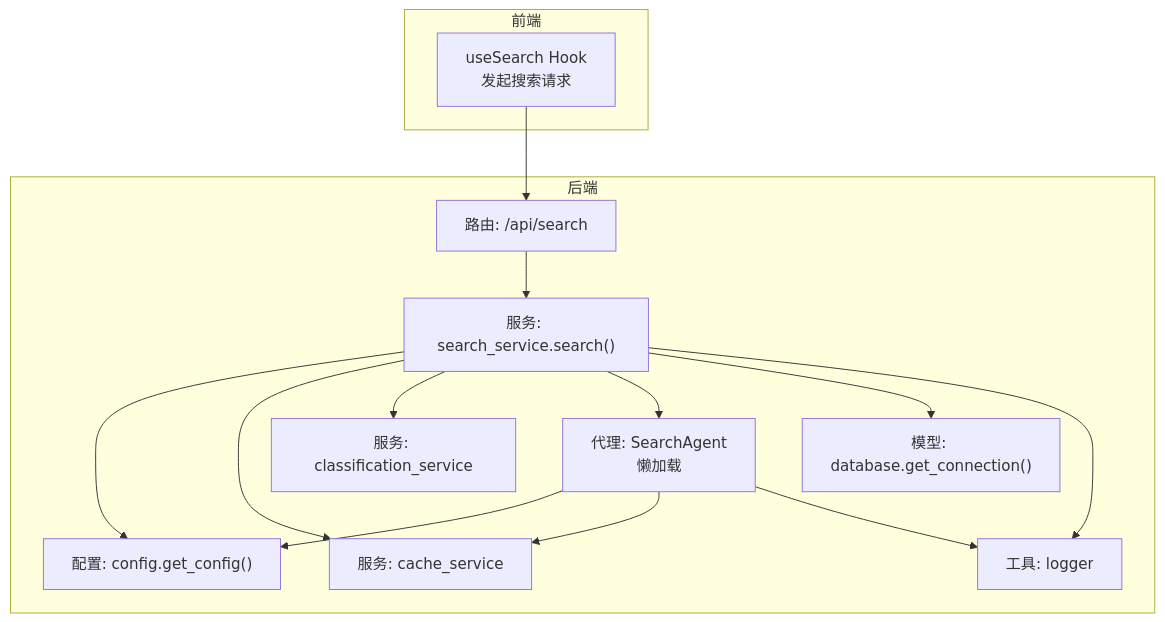
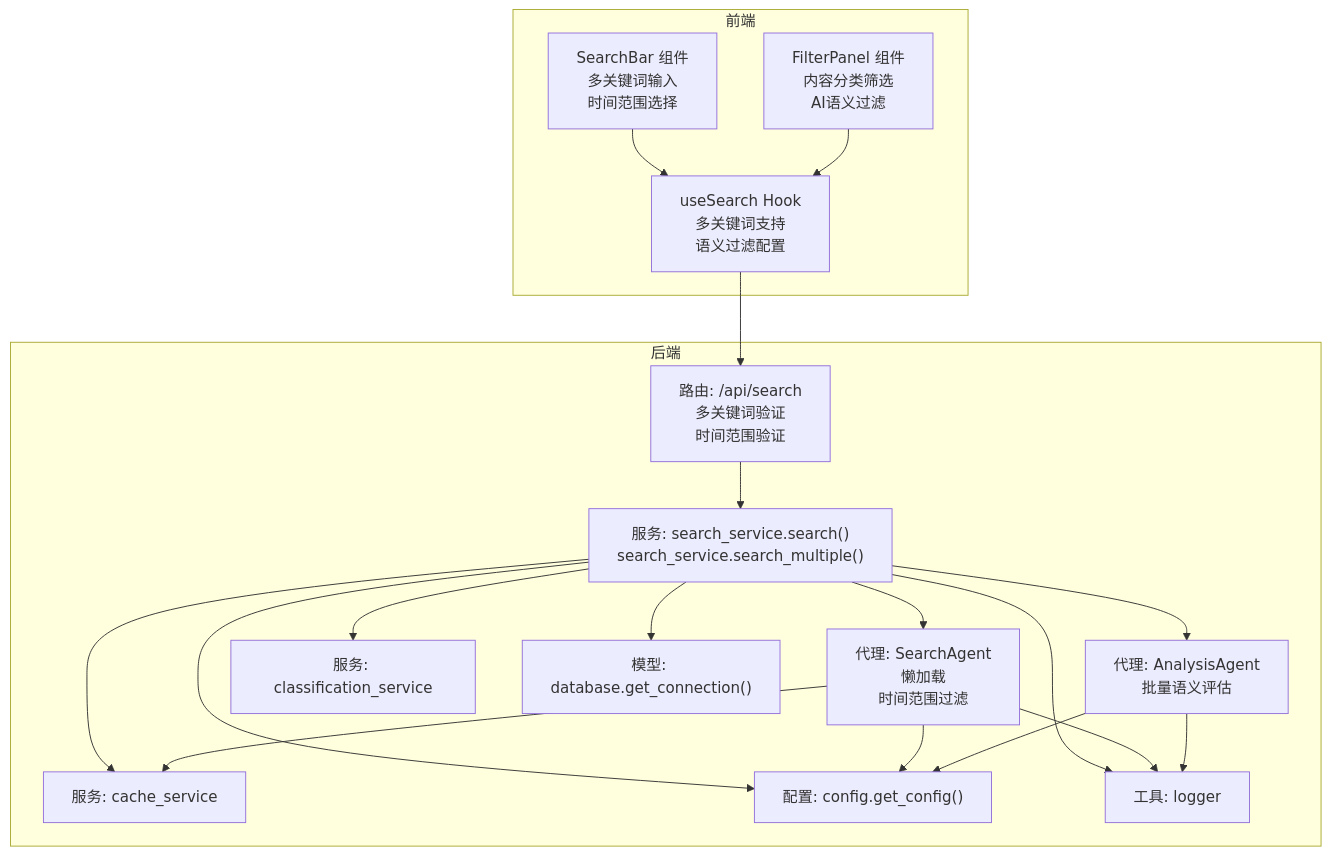
The first of 8 diagrams in .qoder/repowiki/zh/content/后端开发指南/服务层架构/搜索服务.md (wangdy21/search_is_all_you_need), drawn with Mermaid before and after one commit. The commit also changed other lines of this file and 11 other files, not shown here.

````diff
--- a/.qoder/repowiki/zh/content/后端开发指南/服务层架构/搜索服务.md
+++ b/.qoder/repowiki/zh/content/后端开发指南/服务层架构/搜索服务.md
@@ -38,27 +43,35 @@
 ```mermaid
 graph TB
 subgraph "前端"
-FE_useSearch["useSearch Hook<br/>发起搜索请求"]
+FE_useSearch["useSearch Hook<br/>多关键词支持<br/>语义过滤配置"]
+FE_SearchBar["SearchBar 组件<br/>多关键词输入<br/>时间范围选择"]
+FE_FilterPanel["FilterPanel 组件<br/>内容分类筛选<br/>AI语义过滤"]
 end
 subgraph "后端"
-RT_search["路由: /api/search"]
-SVC_search["服务: search_service.search()"]
-AG_search["代理: SearchAgent<br/>懒加载"]
+RT_search["路由: /api/search<br/>多关键词验证<br/>时间范围验证"]
+SVC_search["服务: search_service.search()<br/>search_service.search_multiple()"]
+AG_search["代理: SearchAgent<br/>懒加载<br/>时间范围过滤"]
+AG_analysis["代理: AnalysisAgent<br/>批量语义评估"]
 SVC_cache["服务: cache_service"]
 SVC_classify["服务: classification_service"]
 DB_conn["模型: database.get_connection()"]
 CFG["配置: config.get_config()"]
 LOG["工具: logger"]
 end
 FE_useSearch --> RT_search
+FE_SearchBar --> FE_useSearch
+FE_FilterPanel --> FE_useSearch
 RT_search --> SVC_search
 SVC_search --> CFG
 SVC_search --> SVC_cache
 SVC_search --> SVC_classify
 SVC_search --> AG_search
+SVC_search --> AG_analysis
 SVC_search --> DB_conn
 SVC_search --> LOG
 AG_search --> CFG
 AG_search --> SVC_cache
 AG_search --> LOG
+AG_analysis --> CFG
+AG_analysis --> LOG
 ```
````
